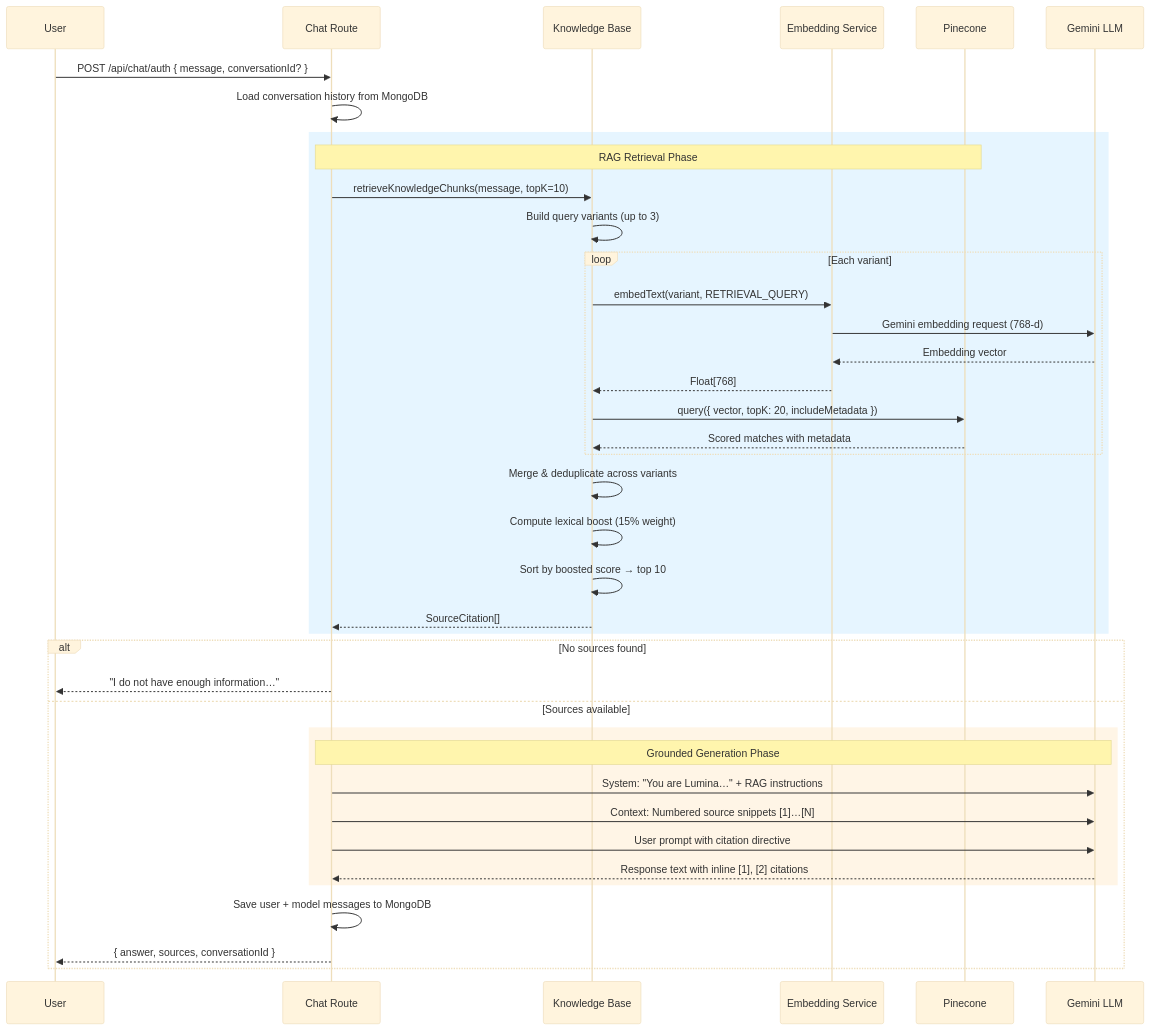
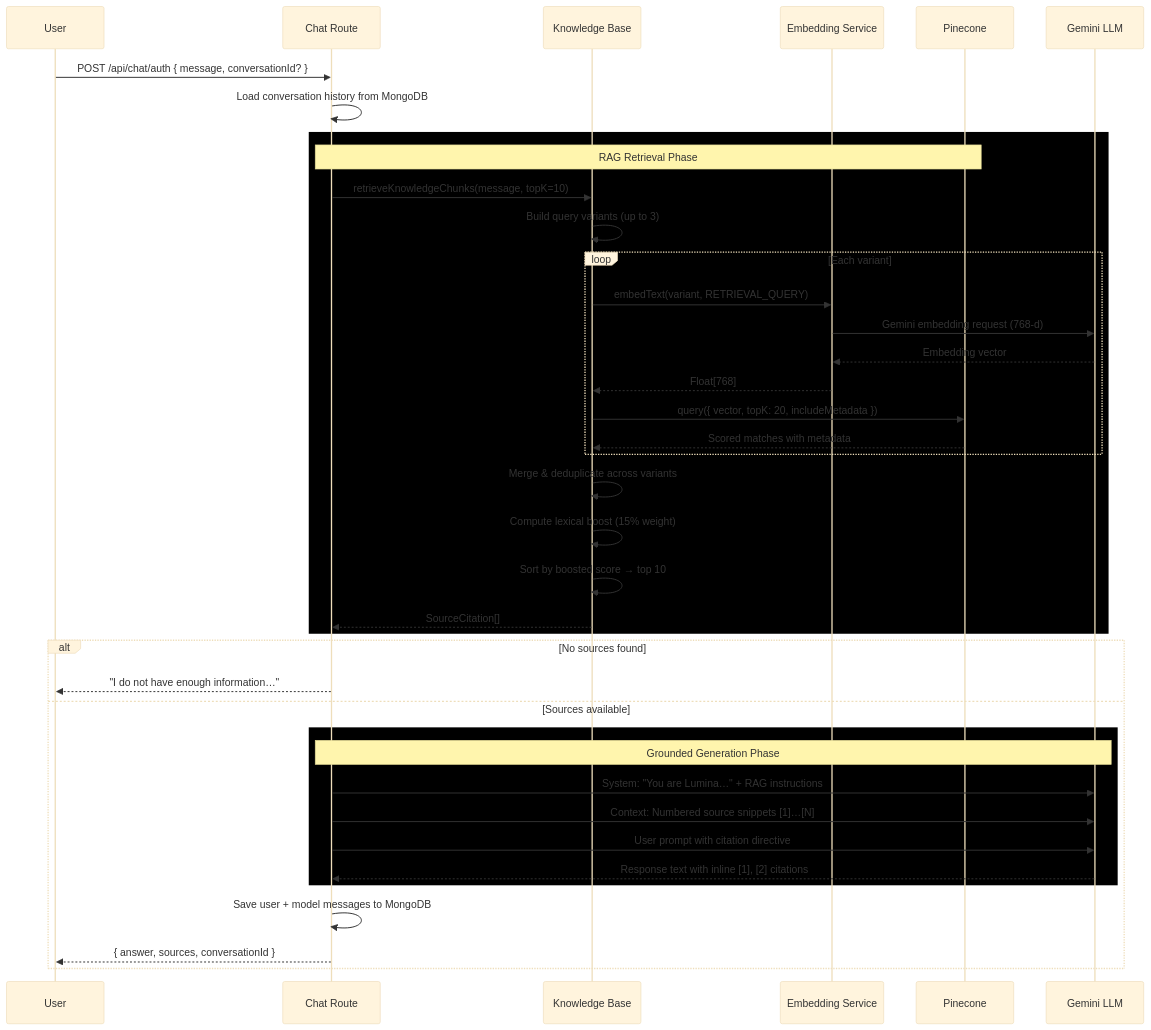
One commit to hoangsonww/AI-RAG-Assistant-Chatbot changed the second of 9 diagrams in RAG.md. Above: the diagram before and after it, drawn with Mermaid (base theme). The commit also changed other lines of this file and 1 other file, not shown here.

Commit message:
feat(ai): add claude & codex skill enhancements

````diff
--- a/RAG.md
+++ b/RAG.md
@@ -61,44 +61,44 @@
 ```mermaid
 sequenceDiagram
   participant U as User
   participant C as Chat Route
   participant K as Knowledge Base
   participant E as Embedding Service
   participant P as Pinecone
   participant G as Gemini LLM
 
   U->>C: POST /api/chat/auth { message, conversationId? }
   C->>C: Load conversation history from MongoDB
 
-  rect rgb(230, 245, 255)
+  rect rgb(0, 0, 0)
     note over C,P: RAG Retrieval Phase
     C->>K: retrieveKnowledgeChunks(message, topK=10)
     K->>K: Build query variants (up to 3)
     loop Each variant
       K->>E: embedText(variant, RETRIEVAL_QUERY)
       E->>G: Gemini embedding request (768-d)
       G-->>E: Embedding vector
       E-->>K: Float[768]
       K->>P: query({ vector, topK: 20, includeMetadata })
       P-->>K: Scored matches with metadata
     end
     K->>K: Merge & deduplicate across variants
     K->>K: Compute lexical boost (15% weight)
     K->>K: Sort by boosted score → top 10
     K-->>C: SourceCitation[]
   end
 
   alt No sources found
     C-->>U: "I do not have enough information…"
   else Sources available
-    rect rgb(255, 245, 230)
+    rect rgb(0, 0, 0)
       note over C,G: Grounded Generation Phase
       C->>G: System: "You are Lumina…" + RAG instructions
       C->>G: Context: Numbered source snippets [1]…[N]
       C->>G: User prompt with citation directive
       G-->>C: Response text with inline [1], [2] citations
     end
     C->>C: Save user + model messages to MongoDB
     C-->>U: { answer, sources, conversationId }
   end
 ```
````
